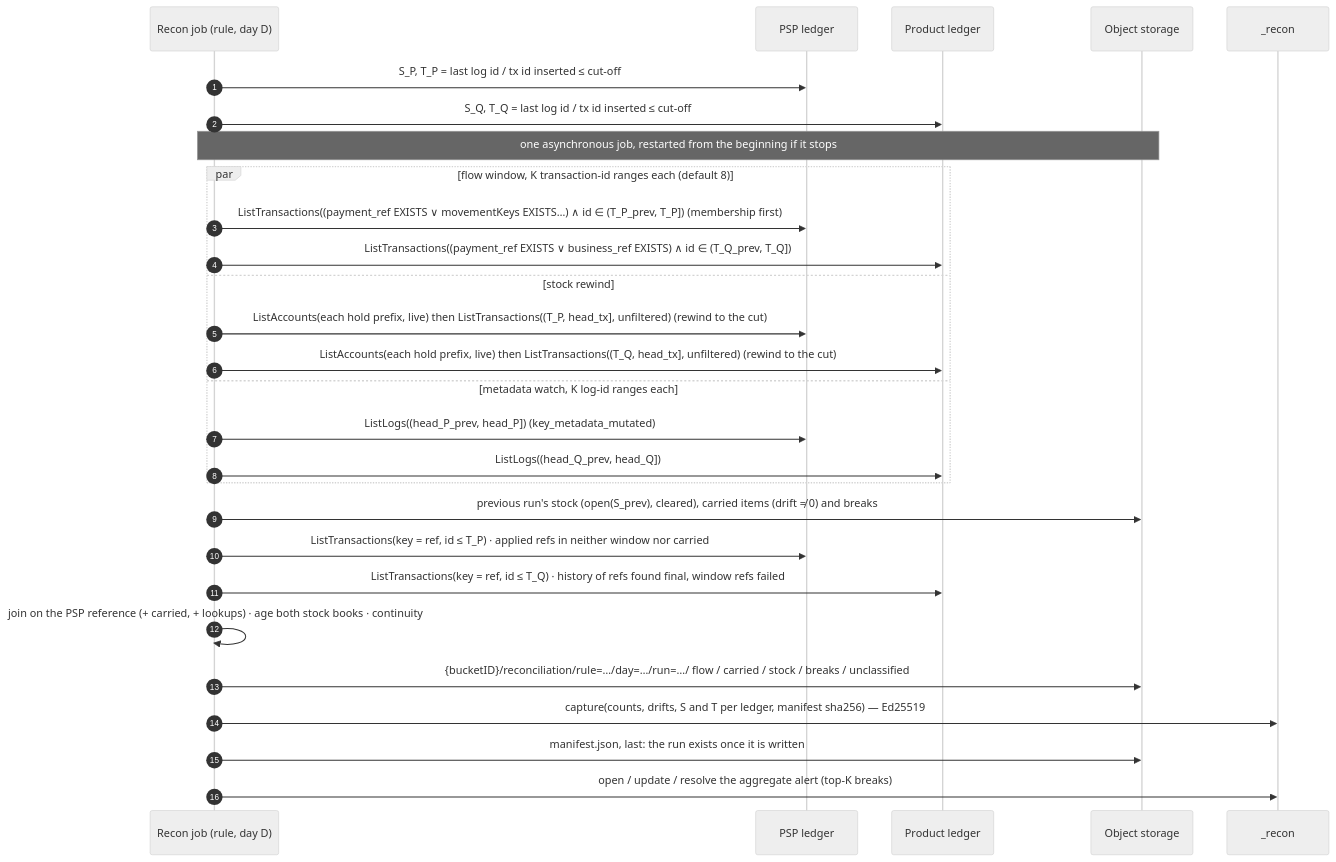
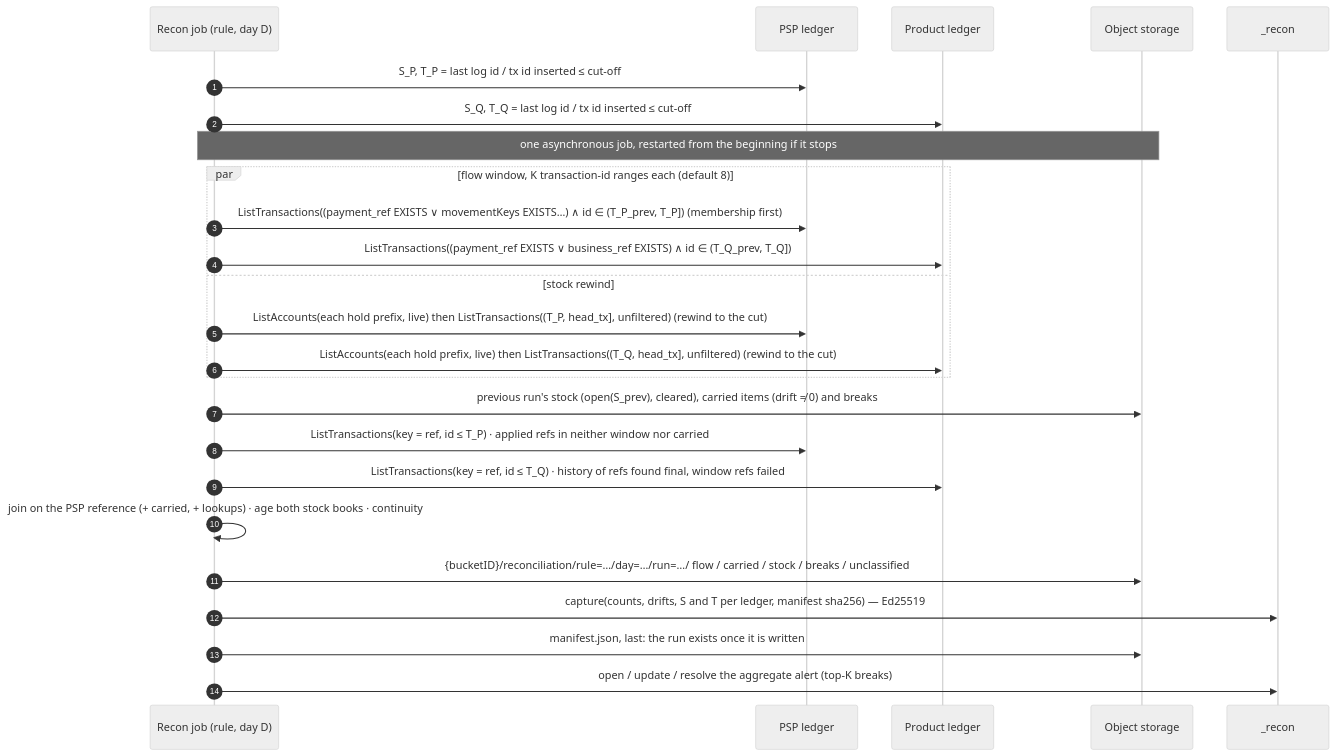
Before and after one commit to formancehq/reconciliation: the second of 2 diagrams in docs/technical/transaction-level-reconciliation.md, drawn with Mermaid (neutral theme). The commit also changed other lines of this file and 25 other files, not shown here.

````diff
--- a/docs/technical/transaction-level-reconciliation.md
+++ b/docs/technical/transaction-level-reconciliation.md
@@ -255,31 +255,28 @@
 ```mermaid
 sequenceDiagram
     autonumber
     participant J as Recon job (rule, day D)
     participant P as PSP ledger
     participant Q as Product ledger
     participant O as Object storage
     participant C as _recon
 
     J->>P: S_P, T_P = last log id / tx id inserted ≤ cut-off
     J->>Q: S_Q, T_Q = last log id / tx id inserted ≤ cut-off
     Note over J,O: one asynchronous job, restarted from the beginning if it stops
     par flow window, K transaction-id ranges each (default 8)
         J->>P: ListTransactions((payment_ref EXISTS ∨ movementKeys EXISTS…) ∧ id ∈ (T_P_prev, T_P])  (membership first)
         J->>Q: ListTransactions((payment_ref EXISTS ∨ business_ref EXISTS) ∧ id ∈ (T_Q_prev, T_Q])
     and stock rewind
         J->>P: ListAccounts(each hold prefix, live) then ListTransactions((T_P, head_tx], unfiltered) (rewind to the cut)
         J->>Q: ListAccounts(each hold prefix, live) then ListTransactions((T_Q, head_tx], unfiltered) (rewind to the cut)
-    and metadata watch, K log-id ranges each
-        J->>P: ListLogs((head_P_prev, head_P])  (key_metadata_mutated)
-        J->>Q: ListLogs((head_Q_prev, head_Q])
     end
     J->>O: previous run's stock (open(S_prev), cleared), carried items (drift ≠ 0) and breaks
     J->>P: ListTransactions(key = ref, id ≤ T_P) · applied refs in neither window nor carried
     J->>Q: ListTransactions(key = ref, id ≤ T_Q) · history of refs found final, window refs failed
     J->>J: join on the PSP reference (+ carried, + lookups) · age both stock books · continuity
     J->>O: {bucketID}/reconciliation/rule=…/day=…/run=…/ flow / carried / stock / breaks / unclassified
     J->>C: capture(counts, drifts, S and T per ledger, manifest sha256) — Ed25519
     J->>O: manifest.json, last: the run exists once it is written
     J->>C: open / update / resolve the aggregate alert (top-K breaks)
 ```
````
